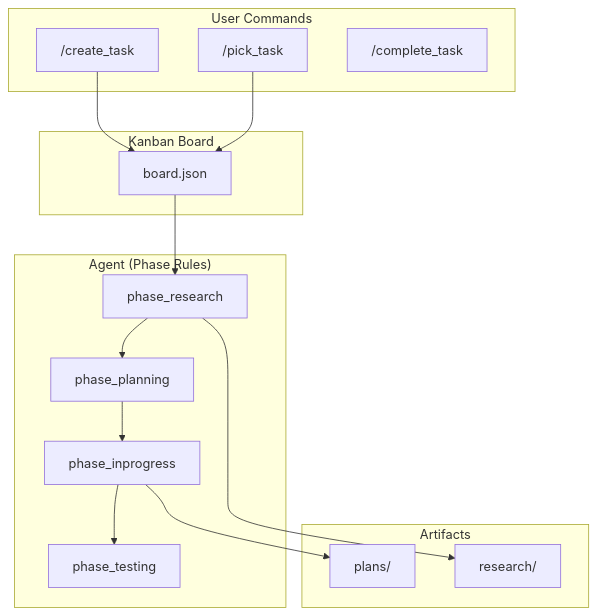
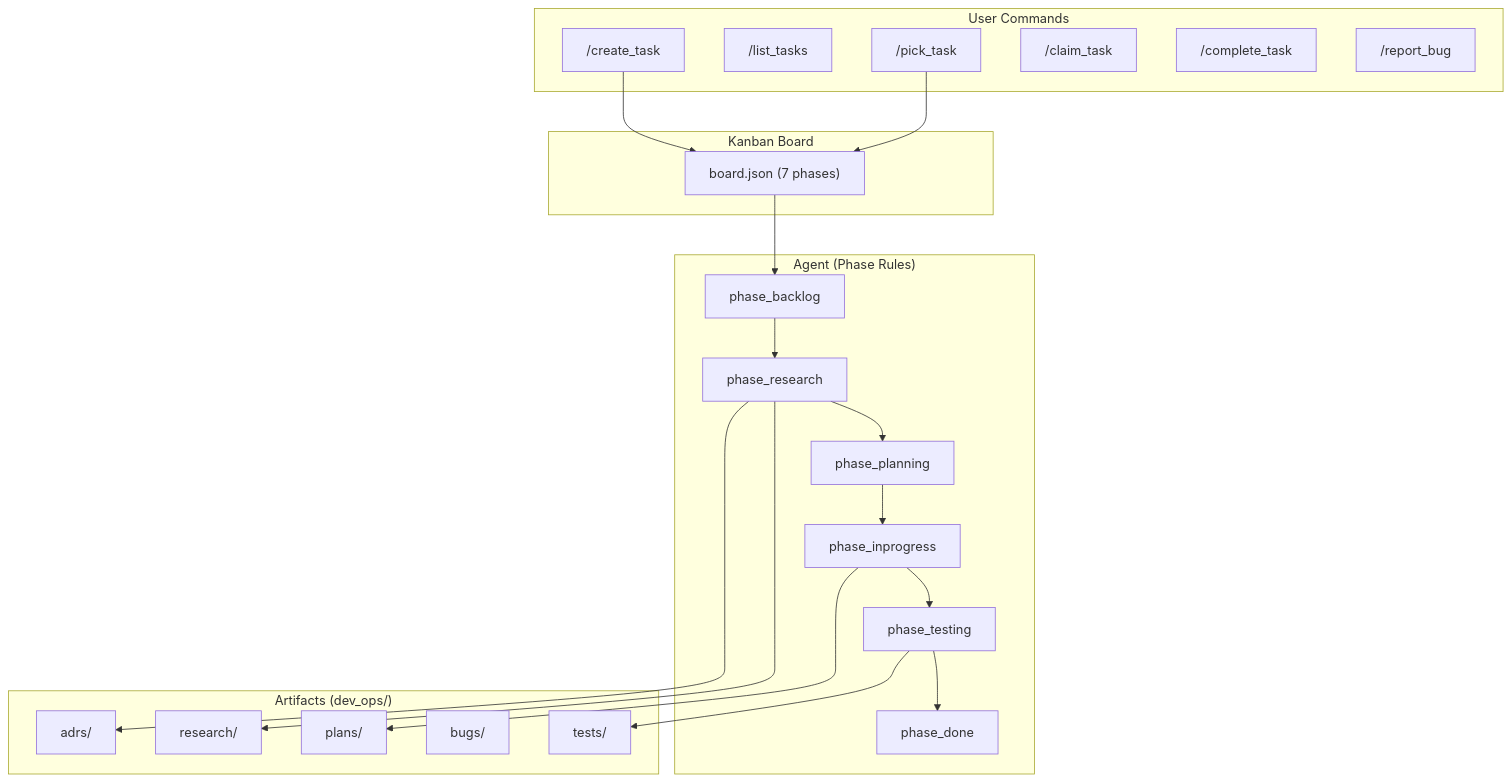
Before and after one commit to NunoMoura/dev_ops: the first of 2 diagrams in README.md, drawn with Mermaid. The commit also changed other lines of this file and 50 other files, not shown here.

````diff
--- a/README.md
+++ b/README.md
@@ -22,30 +25,40 @@
 ```mermaid
 graph TB
     subgraph "User Commands"
         C1["/create_task"]
-        C2["/pick_task"]
-        C3["/complete_task"]
+        C2["/list_tasks"]
+        C3["/pick_task"]
+        C4["/claim_task"]
+        C5["/complete_task"]
+        C6["/report_bug"]
     end
 
     subgraph "Kanban Board"
-        KB["board.json"]
+        KB["board.json (7 phases)"]
     end
 
     subgraph "Agent (Phase Rules)"
-        PR["phase_research"]
-        PP["phase_planning"]
-        PI["phase_inprogress"]
-        PT["phase_testing"]
+        RB["phase_backlog"]
+        RR["phase_research"]
+        RP["phase_planning"]
+        RI["phase_inprogress"]
+        RT["phase_testing"]
+        RD["phase_done"]
     end
 
-    subgraph "Artifacts"
+    subgraph "Artifacts (dev_ops/)"
         A1["plans/"]
         A2["research/"]
+        A3["tests/"]
+        A4["bugs/"]
+        A5["adrs/"]
     end
 
     C1 --> KB
-    C2 --> KB
-    KB --> PR --> PP --> PI --> PT
-    PI --> A1
-    PR --> A2
+    C3 --> KB
+    KB --> RB --> RR --> RP --> RI --> RT --> RD
+    RI --> A1
+    RR --> A2
+    RT --> A3
+    RR --> A5
 ```
````
